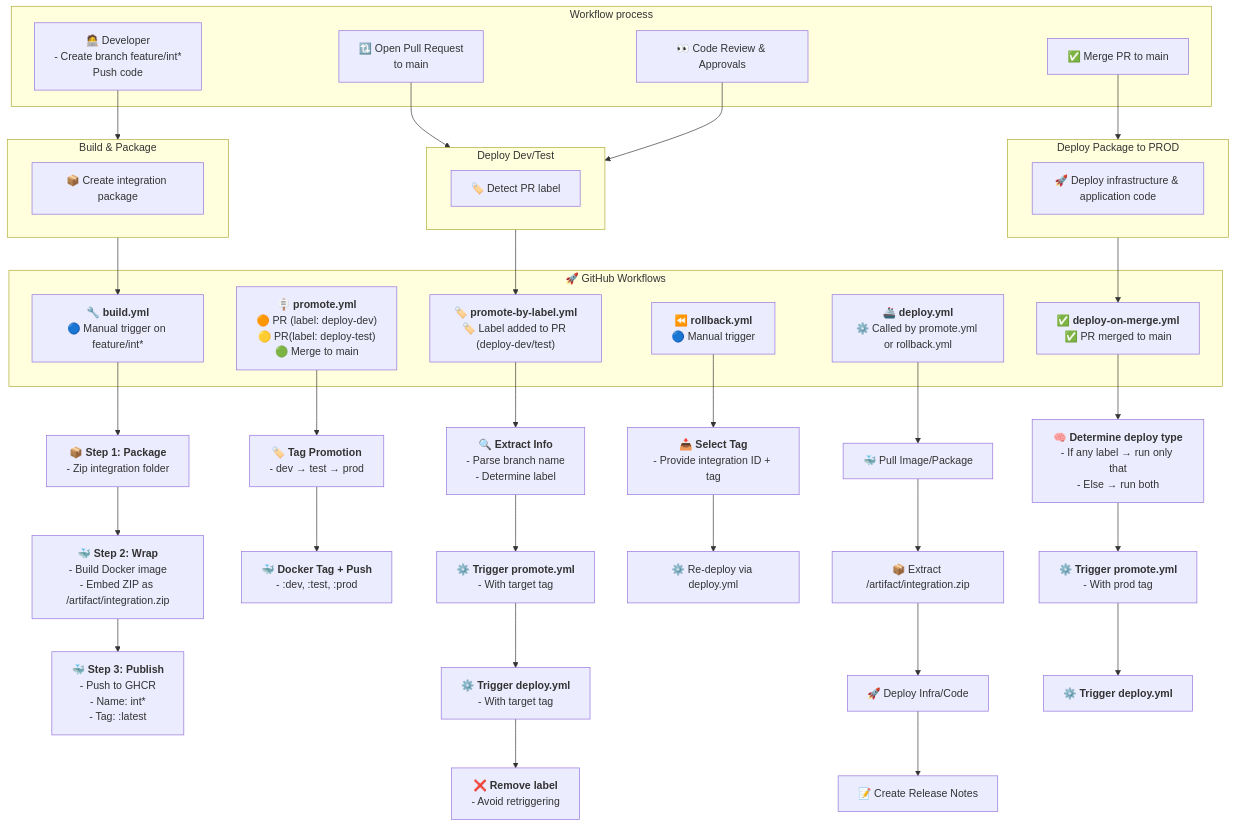
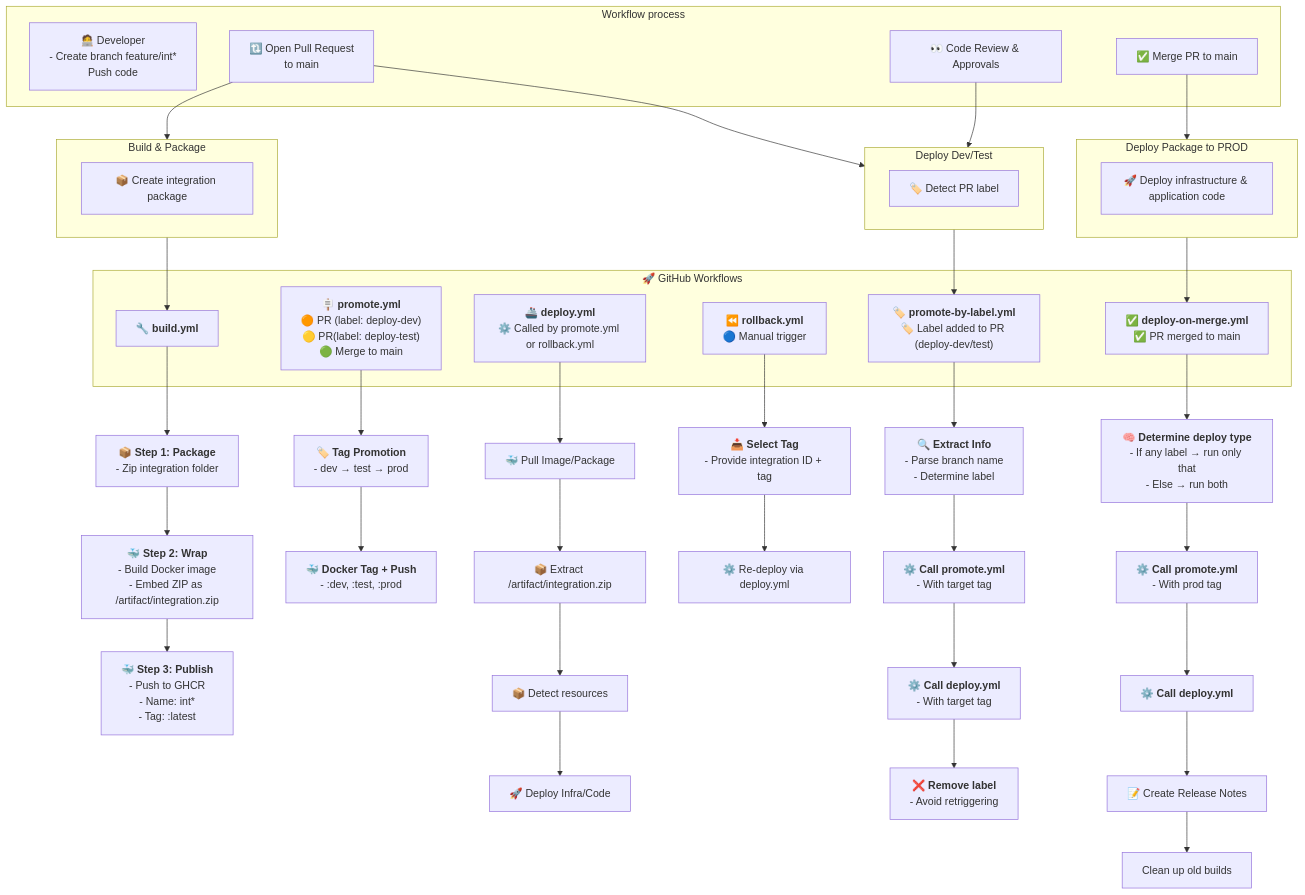
The first of 3 diagrams in README.md (antonidag/radius), drawn with Mermaid before and after one commit. The commit also changed other lines of this file and 1 other file, not shown here.

Commit message:
docs: mermaid changes

````diff
--- a/README.md
+++ b/README.md
@@ -35,79 +1,81 @@
 ```mermaid
 ---
 config:
   layout: dagre
 ---
 flowchart TD
 
   %% Developer steps
   subgraph WORKPROCESS["Workflow process"]
       %% Developer & Git Process (Top vertical)
     WP1["🧑‍💻 Developer<br>- Create branch feature/int* <br>Push code"]
     WP2["🔃 Open Pull Request <br>to main"]
     WP3["👀 Code Review & Approvals"]
     WP4["✅ Merge PR to main"]
   end
 
   %% Build Phase
   subgraph WPBUILD["Build & Package"]
     B11["📦 Create integration package"]
   end
 
   %% Promotion Phase
   subgraph WPPROMOTE["Deploy Dev/Test"]
     P11["🏷️ Detect PR label"]
   end
 
   %% Deploy Phase
   subgraph WPDEPLOY["Deploy Package to PROD"]
     D32["🚀 Deploy infrastructure & application code"]
 
   end
-  WP1 --> WPBUILD
+  WP2 --> WPBUILD
   WP2 --> WPPROMOTE
   WP3 --> WPPROMOTE
   WP4 --> WPDEPLOY
   
   WPBUILD --> W1
   WPPROMOTE --> W5
   WPDEPLOY --> W6
 
   subgraph WORKFLOWS["🚀 GitHub Workflows"]
-      W1["🔧 <b>build.yml</b><br>🔵 Manual trigger on feature/int*"]
+      W1["🔧 <b>build.yml</b><br>"]
       W2["🪧 <b>promote.yml</b><br>🟠 PR (label: deploy-dev)<br>🟡 PR(label: deploy-test)<br>🟢 Merge to main"]
       W3["🚢 <b>deploy.yml</b><br>⚙️ Called by promote.yml or rollback.yml"]
-      W4["⏪ <b>rollback.yml</b><br>🔵 Manual trigger"]
       W5["🏷️ <b>promote-by-label.yml</b><br>🏷️ Label added to PR (deploy-dev/test)"]
       W6["✅ <b>deploy-on-merge.yml</b><br>✅ PR merged to main"]
+      W4["⏪ <b>rollback.yml</b><br>🔵 Manual trigger"]
   end
 
   %% build.yml
   W1 --> B1["📦 <b>Step 1: Package</b><br>- Zip integration folder"]
   B1 --> B2["🐳 <b>Step 2: Wrap</b><br>- Build Docker image<br>- Embed ZIP as /artifact/integration.zip"]
   B2 --> B3["🐳 <b>Step 3: Publish</b><br>- Push to GHCR<br>- Name: int* <br>- Tag: :latest"]
 
   %% promote.yml
   W2 --> P1["🏷️ <b>Tag Promotion</b><br>- dev → test → prod"]
   P1 --> P2["🐳 <b>Docker Tag + Push</b><br>- :dev, :test, :prod"]
 
   %% deploy.yml
   W3 --> D1["🐳 Pull Image/Package"]
   D1 --> D2["📦 Extract /artifact/integration.zip"]
-  D2 --> D3["🚀 Deploy Infra/Code"]
-  D3 --> D4["📝 Create Release Notes"]
+  D2 --> D3["📦 Detect resources"]
+  D3 --> D4["🚀 Deploy Infra/Code"]
 
   %% rollback.yml
   W4 --> R1["📥 <b>Select Tag</b><br>- Provide integration ID + tag"]
   R1 --> R2["⚙️ Re-deploy via deploy.yml"]
 
   %% promote-by-label.yml
   W5 --> L1["🔍 <b>Extract Info</b><br>- Parse branch name<br>- Determine label"]
-  L1 --> L2["⚙️  <b>Trigger promote.yml</b><br>- With target tag"]
-  L2 --> L3["⚙️  <b>Trigger deploy.yml</b><br>- With target tag"]
+  L1 --> L2["⚙️  <b>Call promote.yml</b><br>- With target tag"]
+  L2 --> L3["⚙️  <b>Call deploy.yml</b><br>- With target tag"]
   L3 --> L4["❌ <b>Remove label</b><br>- Avoid retriggering"]
 
   %% deploy-on-merge.yml
   W6 --> M1["🧠 <b>Determine deploy type</b><br>- If any label → run only that<br>- Else → run both"]
-  M1 --> M2["⚙️ <b>Trigger promote.yml</b><br>- With prod tag"]
-  M2 --> M3["⚙️ <b>Trigger deploy.yml</b>"]
+  M1 --> M2["⚙️ <b>Call promote.yml</b><br>- With prod tag"]
+  M2 --> M3["⚙️ <b>Call deploy.yml</b>"]
+  M3 --> M4["📝 Create Release Notes"]
+  M4 --> M5["Clean up old builds"]
 ```
````
